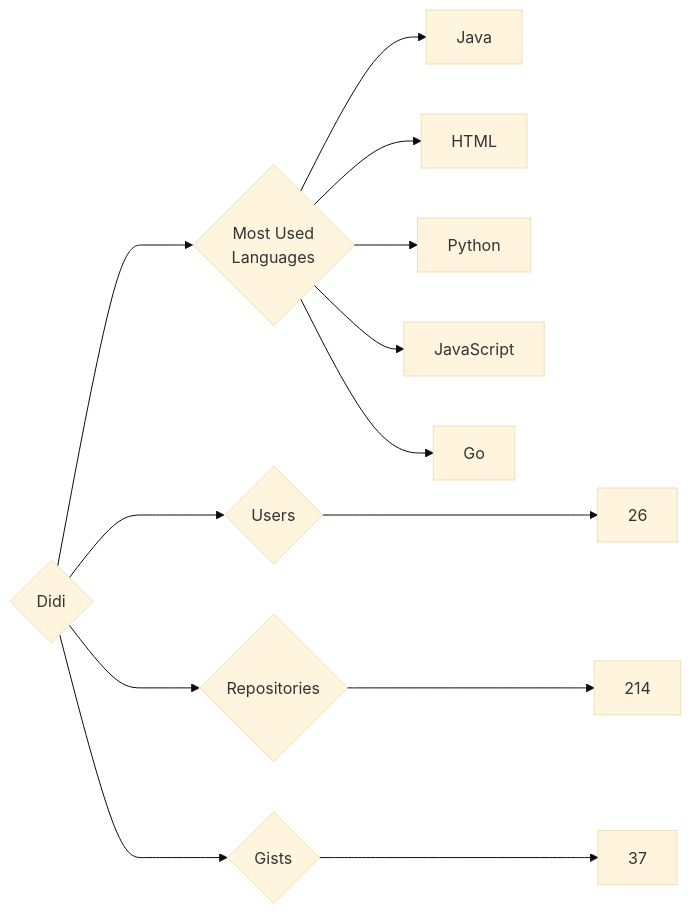
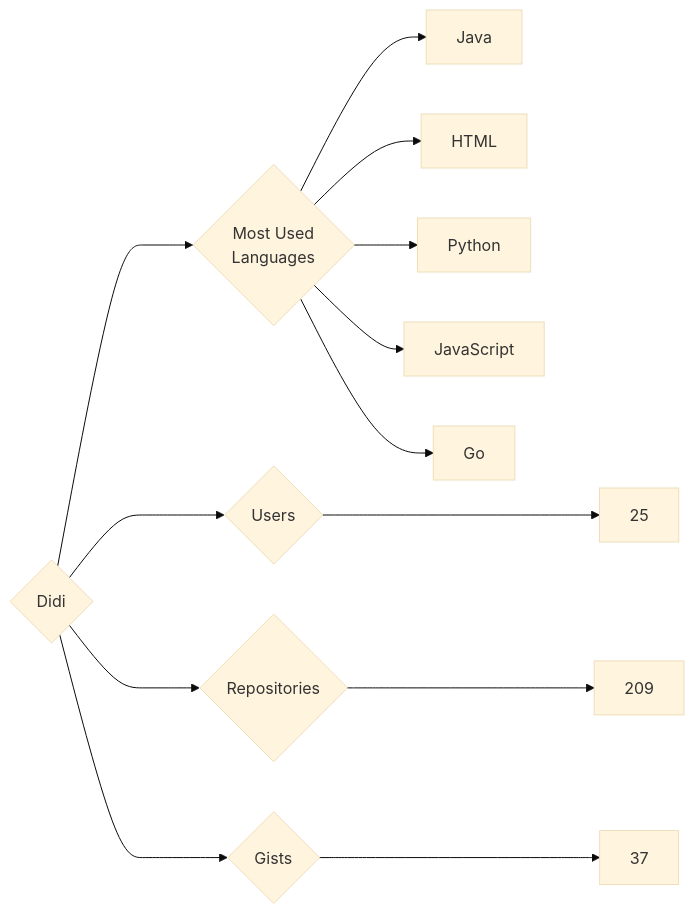
The diagram in targets/Didi/README.md (trickest/insiders), drawn with Mermaid (base theme) before and after one commit. The commit also changed 912 other files, not shown here.

````diff
--- a/targets/Didi/README.md
+++ b/targets/Didi/README.md
@@ -3,13 +3,13 @@
 ```mermaid
 graph LR
 COMPANY_NAME{Didi}
-COMPANY_NAME ---> U{Users} ---> UN[26]
-COMPANY_NAME ---> R{Repositories} ---> RN[214]
+COMPANY_NAME ---> U{Users} ---> UN[25]
+COMPANY_NAME ---> R{Repositories} ---> RN[209]
 COMPANY_NAME ---> G{Gists} ---> GN[37]
 COMPANY_NAME ---> ML{Most Used<br>Languages}
 ML --> Java[Java]
 ML --> HTML[HTML]
 ML --> Python[Python]
 ML --> JavaScript[JavaScript]
 ML --> Go[Go]
 ```
````
